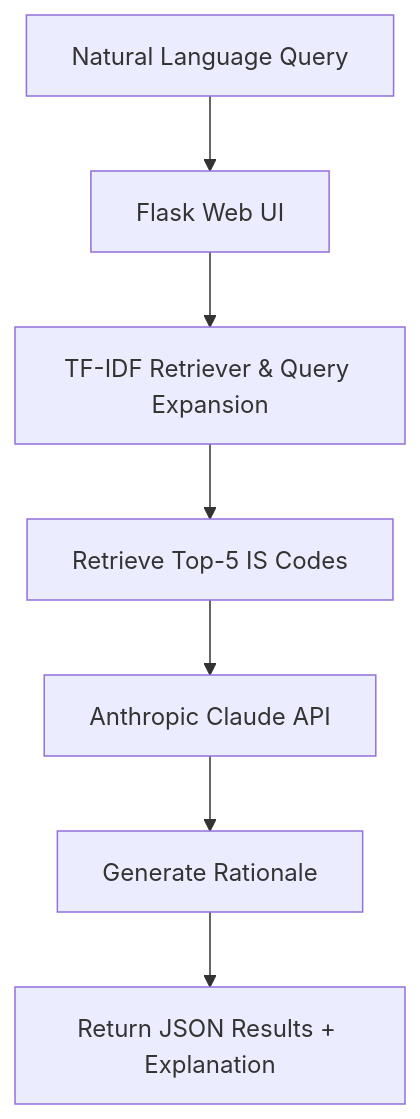
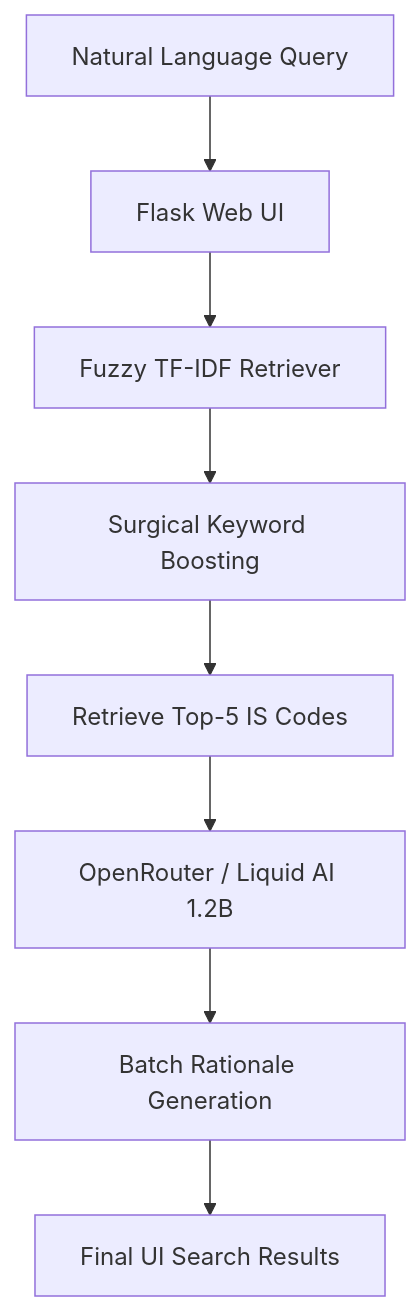
The diagram in README.md (vivekhegde-IS/BIS_HACK), drawn with Mermaid before and after one commit. The commit also changed other lines of this file, not shown here.

Commit message:
docs: final README update with 1.0 MRR results and OpenRouter stack

````diff
--- a/README.md
+++ b/README.md
@@ -11,9 +17,10 @@
 ```mermaid
 graph TD
     A[Natural Language Query] --> B[Flask Web UI]
-    B --> C[TF-IDF Retriever & Query Expansion]
-    C --> D[Retrieve Top-5 IS Codes]
-    D --> E[Anthropic Claude API]
-    E --> F[Generate Rationale]
-    F --> G[Return JSON Results + Explanation]
+    B --> C[Fuzzy TF-IDF Retriever]
+    C --> D[Surgical Keyword Boosting]
+    D --> E[Retrieve Top-5 IS Codes]
+    E --> F[OpenRouter / Liquid AI 1.2B]
+    F --> G[Batch Rationale Generation]
+    G --> H[Final UI Search Results]
 ```
````
